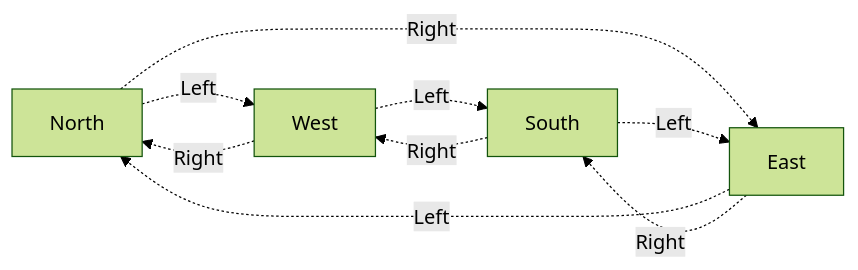
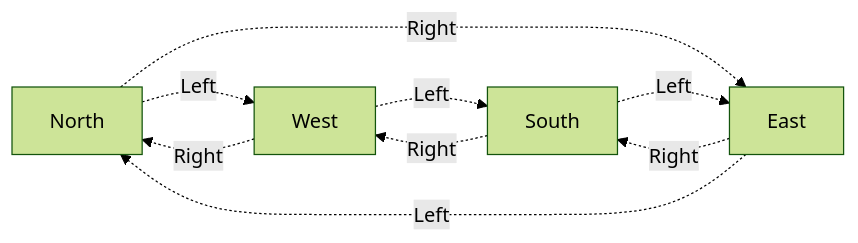
Before and after one commit to shuyelin06/Obsidian-Notes: the first of 8 diagrams in content/Classes/CMSC330/Automata Theory.md, drawn with Mermaid (forest theme). The commit also changed other lines of this file and 3 other files, not shown here.

````diff
--- a/content/Classes/CMSC330/Automata Theory.md
+++ b/content/Classes/CMSC330/Automata Theory.md
@@ -26,19 +26,19 @@
 ```mermaid
 graph LR
       N[North]
       E[East]
       S[South]
       W[West]
-
+      
       N -. Left .-> W;
       N -. Right .-> E;
 
+      E -. Right .-> S;
       E -. Left .-> N;
-      E -. Right .-> S;
-
+      
       S -. Left .-> E;
       S -. Right .-> W;
 
       W -. Left .-> S;
       W -. Right .-> N;
 ```
````
